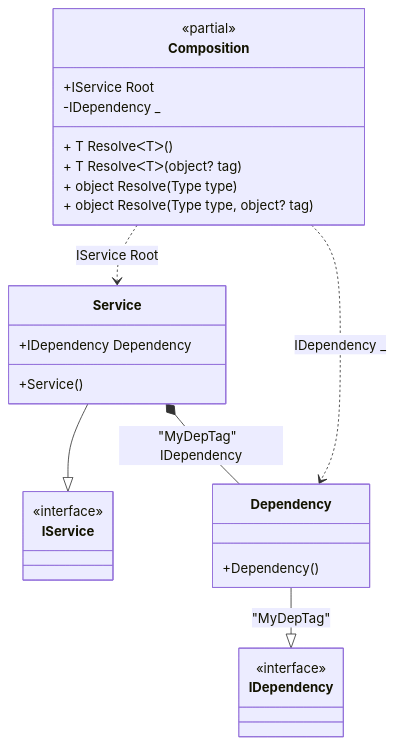
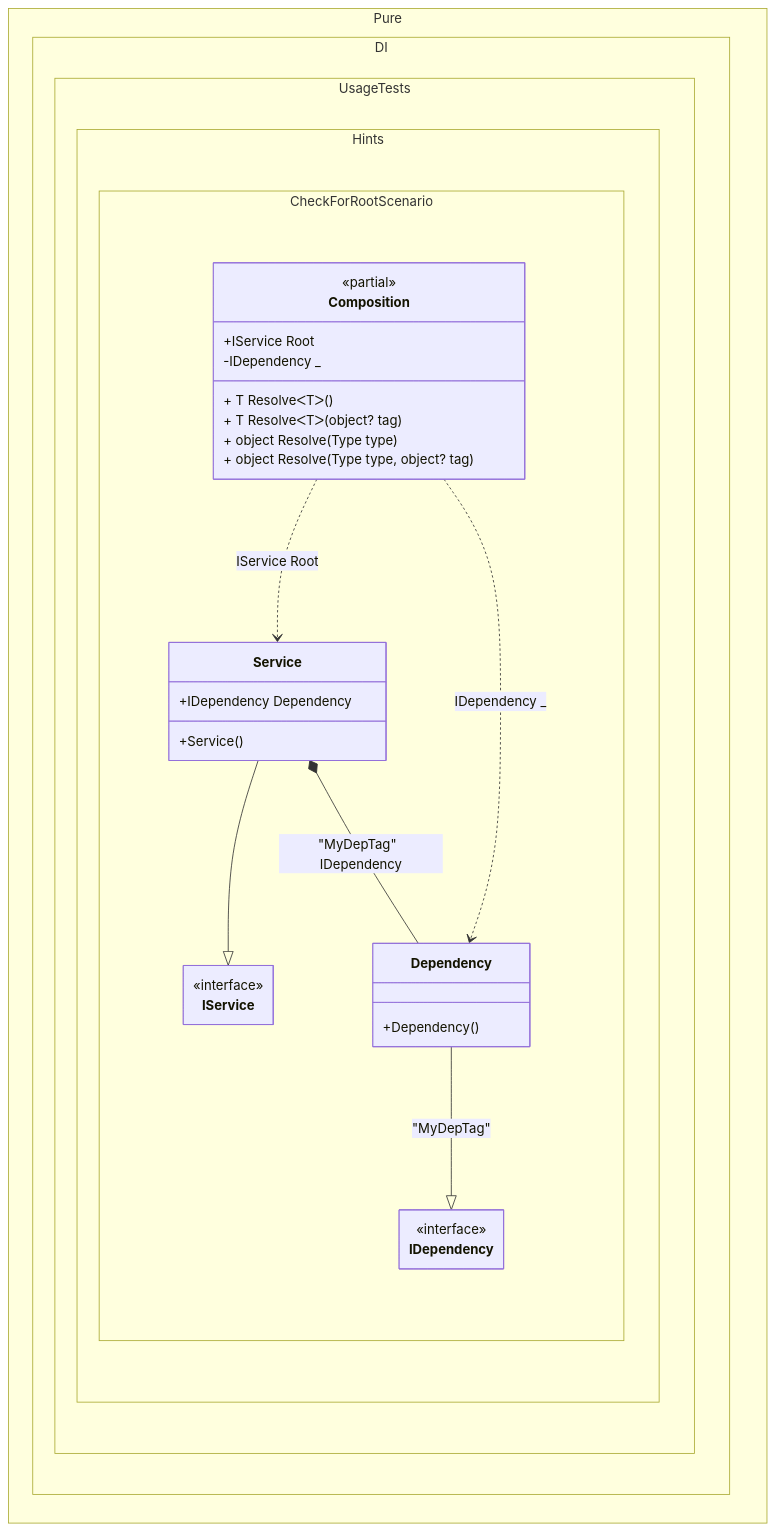
Before and after one commit to DevTeam/Pure.DI: the diagram in readme/check-for-a-root.md, drawn with Mermaid. The commit also changed 103 other files, not shown here.

Commit message:
Improved class diagrams

````diff
--- a/readme/check-for-a-root.md
+++ b/readme/check-for-a-root.md
@@ -244,30 +244,37 @@
 ```mermaid
+---
+ config:
+  class:
+   hideEmptyMembersBox: true
+---
 classDiagram
-	class Composition {
+	Service --|> IService
+	Dependency --|> IDependency : "MyDepTag" 
+	Composition ..> Service : IService Root
+	Composition ..> Dependency : IDependency _
+	Service *--  Dependency : "MyDepTag"  IDependency
+	namespace Pure.DI.UsageTests.Hints.CheckForRootScenario {
+		class Composition {
 		<<partial>>
 		+IService Root
 		-IDependency _
 		+ T ResolveᐸTᐳ()
 		+ T ResolveᐸTᐳ(object? tag)
 		+ object Resolve(Type type)
 		+ object Resolve(Type type, object? tag)
+		}
+		class Dependency {
+			+Dependency()
+		}
+		class IDependency {
+			<<interface>>
+		}
+		class IService {
+			<<interface>>
+		}
+		class Service {
+			+Service()
+			+IDependency Dependency
+		}
 	}
-	Service --|> IService
-	class Service {
-		+Service()
-		+IDependency Dependency
-	}
-	Dependency --|> IDependency : "MyDepTag" 
-	class Dependency {
-		+Dependency()
-	}
-	class IService {
-		<<interface>>
-	}
-	class IDependency {
-		<<interface>>
-	}
-	Composition ..> Service : IService Root
-	Composition ..> Dependency : IDependency _
-	Service *--  Dependency : "MyDepTag"  IDependency
 ```
````
